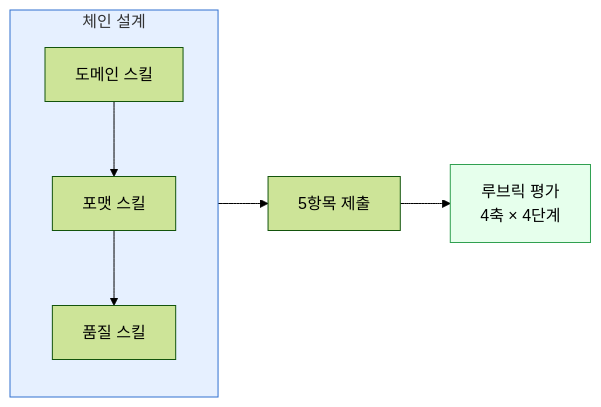
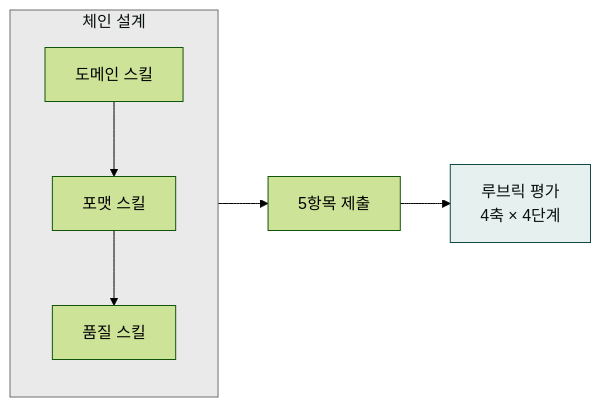
One commit to modu-ai/claude changed the diagram in content/cookbook/final-project.md. Above: the diagram before and after it, drawn with Mermaid (forest theme). The commit also changed 97 other files, not shown here.

First line of the commit message:
style(docs-site): mermaid 색상 브랜드 정합 + 라이트 테마 단일화

````diff
--- a/content/cookbook/final-project.md
+++ b/content/cookbook/final-project.md
@@ -10,12 +10,12 @@
 ```mermaid
 flowchart LR
     subgraph Design["체인 설계"]
         A["도메인 스킬"] --> B["포맷 스킬"]
         B --> C["품질 스킬"]
     end
     Design --> Submit["5항목 제출"]
     Submit --> Rubric["루브릭 평가<br/>4축 × 4단계"]
 
-    style Design fill:#e6f0ff,stroke:#3070d0
-    style Rubric fill:#e6ffec,stroke:#30a050
+    style Design fill:#eaeaea,stroke:#6e6e6e,color:#09110f
+    style Rubric fill:#e6f0ef,stroke:#144a46,color:#09110f
 ```
````
